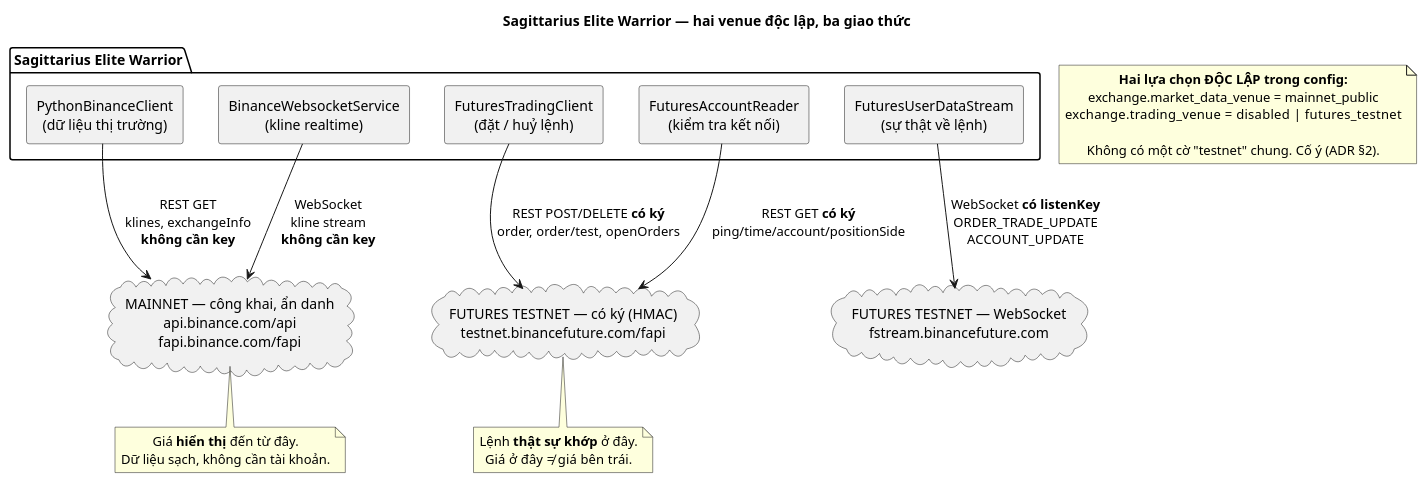
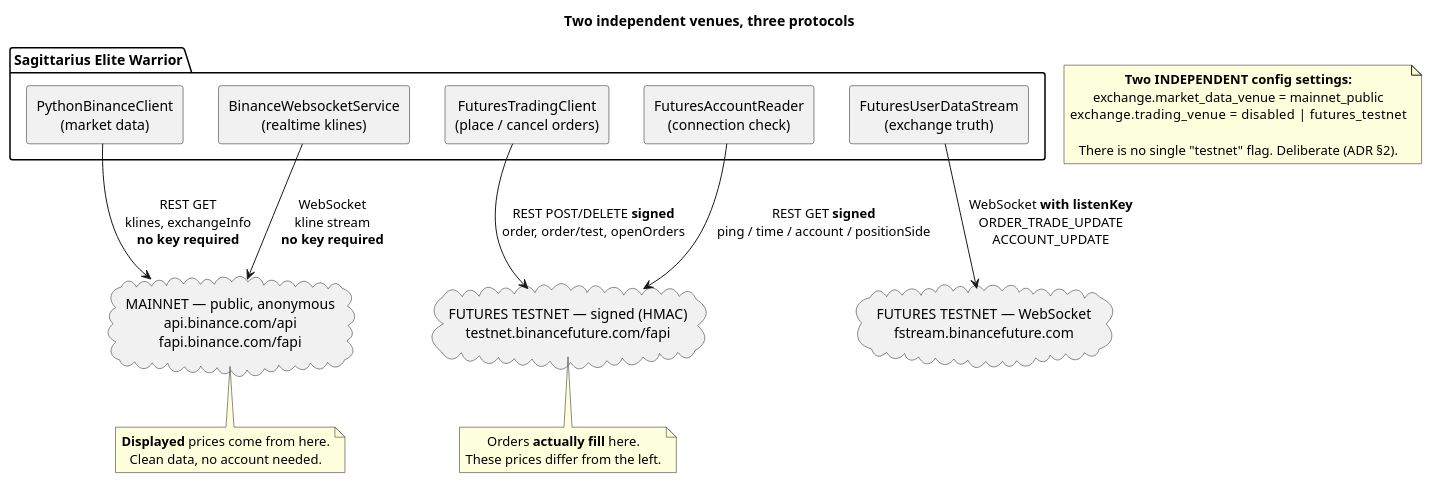
Before and after one commit to anhembedded/Sagittarius_Elite_Warrior: the first of 10 diagrams in Tasks/epics/EPIC-021_ket_noi_binance_futures_testnet/KNOWLEDGE_TRANSFER_tu_0_den_hero.md, drawn with PlantUML. The commit also changed other lines of this file and 1 other file, not shown here.

First line of the commit message:
docs(EPIC-021): rewrite the testnet knowledge-transfer guide in English

````diff
--- a/Tasks/epics/EPIC-021_ket_noi_binance_futures_testnet/KNOWLEDGE_TRANSFER_tu_0_den_hero.md
+++ b/Tasks/epics/EPIC-021_ket_noi_binance_futures_testnet/KNOWLEDGE_TRANSFER_tu_0_den_hero.md
@@ -94,46 +91,46 @@
 ```plantuml
 @startuml KT01_venue_map
-title Sagittarius Elite Warrior — hai venue độc lập, ba giao thức
+title Two independent venues, three protocols
 
 skinparam componentStyle rectangle
 skinparam defaultTextAlignment center
 
 package "Sagittarius Elite Warrior" as APP {
-  [PythonBinanceClient\n(dữ liệu thị trường)] as PBC
-  [BinanceWebsocketService\n(kline realtime)] as WSS
-  [FuturesTradingClient\n(đặt / huỷ lệnh)] as FTC
-  [FuturesAccountReader\n(kiểm tra kết nối)] as FAR
-  [FuturesUserDataStream\n(sự thật về lệnh)] as FUDS
+  [PythonBinanceClient\n(market data)] as PBC
+  [BinanceWebsocketService\n(realtime klines)] as WSS
+  [FuturesTradingClient\n(place / cancel orders)] as FTC
+  [FuturesAccountReader\n(connection check)] as FAR
+  [FuturesUserDataStream\n(exchange truth)] as FUDS
 }
 
-cloud "MAINNET — công khai, ẩn danh\napi.binance.com/api\nfapi.binance.com/fapi" as MAIN
-cloud "FUTURES TESTNET — có ký (HMAC)\ntestnet.binancefuture.com/fapi" as TREST
+cloud "MAINNET — public, anonymous\napi.binance.com/api\nfapi.binance.com/fapi" as MAIN
+cloud "FUTURES TESTNET — signed (HMAC)\ntestnet.binancefuture.com/fapi" as TREST
 cloud "FUTURES TESTNET — WebSocket\nfstream.binancefuture.com" as TWS
 
-PBC --> MAIN : REST GET\nklines, exchangeInfo\n**không cần key**
-WSS --> MAIN : WebSocket\nkline stream\n**không cần key**
+PBC --> MAIN : REST GET\nklines, exchangeInfo\n**no key required**
+WSS --> MAIN : WebSocket\nkline stream\n**no key required**
 
-FAR --> TREST : REST GET **có ký**\nping/time/account/positionSide
-FTC --> TREST : REST POST/DELETE **có ký**\norder, order/test, openOrders
-FUDS --> TWS : WebSocket **có listenKey**\nORDER_TRADE_UPDATE\nACCOUNT_UPDATE
+FAR --> TREST : REST GET **signed**\nping / time / account / positionSide
+FTC --> TREST : REST POST/DELETE **signed**\norder, order/test, openOrders
+FUDS --> TWS : WebSocket **with listenKey**\nORDER_TRADE_UPDATE\nACCOUNT_UPDATE
 
 note bottom of MAIN
-  Giá **hiển thị** đến từ đây.
-  Dữ liệu sạch, không cần tài khoản.
+  **Displayed** prices come from here.
+  Clean data, no account needed.
 end note
 
 note bottom of TREST
-  Lệnh **thật sự khớp** ở đây.
-  Giá ở đây ≠ giá bên trái.
+  Orders **actually fill** here.
+  These prices differ from the left.
 end note
 
 note as N1
-  **Hai lựa chọn ĐỘC LẬP trong config:**
+  **Two INDEPENDENT config settings:**
   exchange.market_data_venue = mainnet_public
   exchange.trading_venue     = disabled | futures_testnet
 
-  Không có một cờ "testnet" chung. Cố ý (ADR §2).
+  There is no single "testnet" flag. Deliberate (ADR §2).
 end note
 
 @enduml
 ```
````
